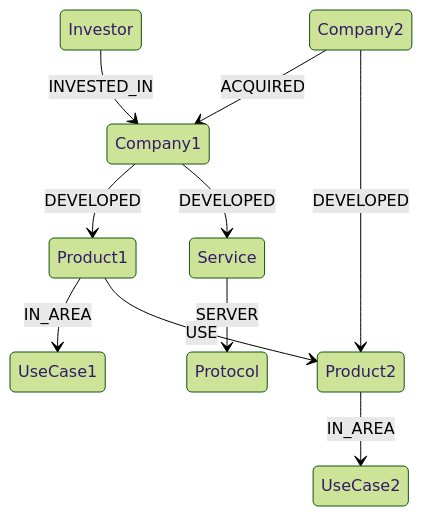
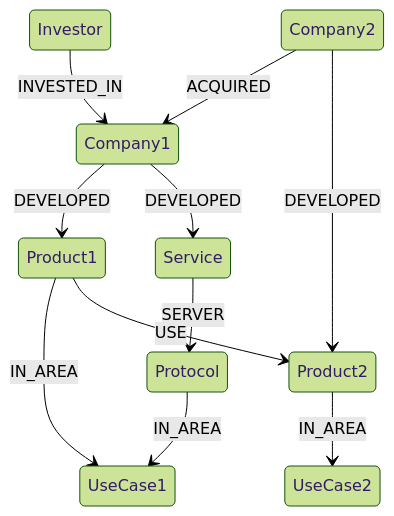
One commit to AttoAgents/agent-landscape changed the diagram in README.md. Above: the diagram before and after it, drawn with Mermaid (forest theme). The commit also changed 1 other file, not shown here.

Commit message:
AG-UI protocol and using products

````diff
--- a/README.md
+++ b/README.md
@@ -27,12 +27,13 @@
 ```mermaid
 stateDiagram
     Company1 --> Product1: DEVELOPED
     Company1 --> Service: DEVELOPED
     Product1 --> UseCase1: IN_AREA
     Investor --> Company1: INVESTED_IN
     Company2 --> Company1: ACQUIRED
     Service --> Protocol: SERVER
     Company2 --> Product2: DEVELOPED
     Product1 --> Product2: USE
     Product2 --> UseCase2: IN_AREA
+    Protocol --> UseCase1: IN_AREA
 ```
````
